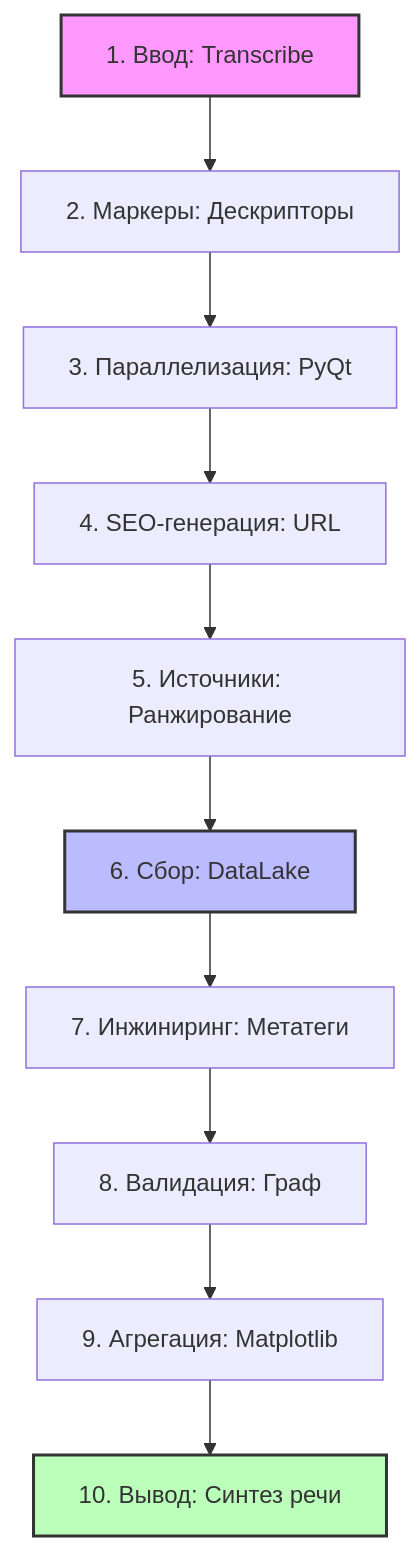
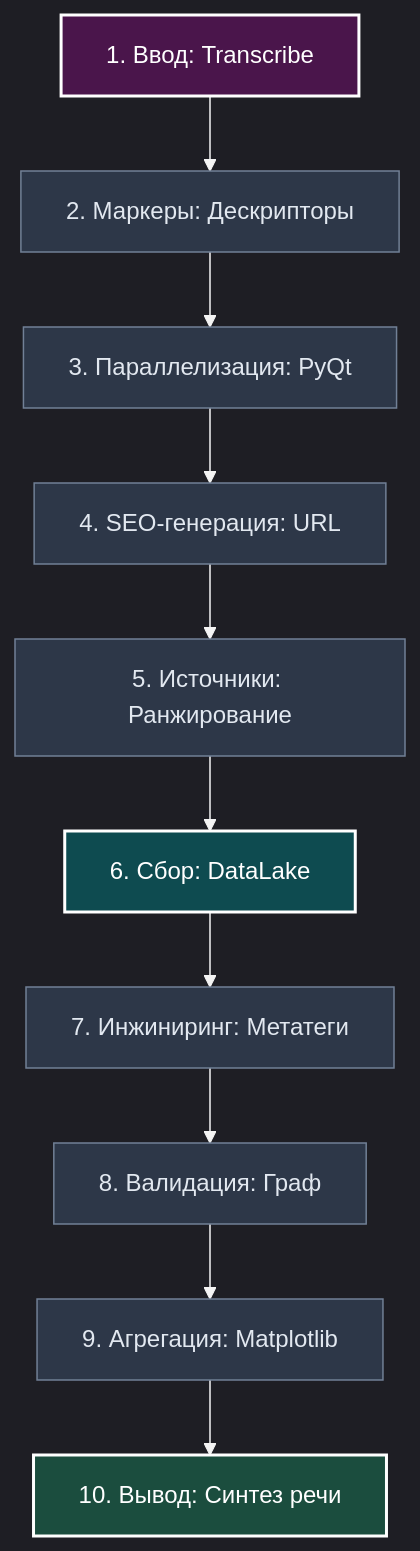
One commit to anrikos/Data-Driven-system changed the diagram in README.md. Above: the diagram before and after it, drawn with Mermaid. The commit also changed other lines of this file, not shown here.

````diff
--- a/README.md
+++ b/README.md
@@ -41,16 +41,20 @@
 ```mermaid
+%%{init: {'theme': 'dark', 'themeVariables': { 'lineColor': '#F4F4F4', 'edgeLabelBackground':'#222' }}}%%
 graph TD
     A[1. Ввод: Transcribe] --> B[2. Маркеры: Дескрипторы]
     B --> C[3. Параллелизация: PyQt]
     C --> D[4. SEO-генерация: URL]
     D --> E[5. Источники: Ранжирование]
     E --> F[6. Сбор: DataLake]
     F --> G[7. Инжиниринг: Метатеги]
     G --> H[8. Валидация: Граф]
     H --> I[9. Агрегация: Matplotlib]
     I --> J[10. Вывод: Синтез речи]
     
-    style A fill:#f9f,stroke:#333,stroke-width:2px
-    style F fill:#bbf,stroke:#333,stroke-width:2px
-    style J fill:#bfb,stroke:#333,stroke-width:2px
+    %% Стили для высокой контрастности на темном фоне %%
+    style A fill:#4a154b,stroke:#fff,stroke-width:2px,color:#fff
+    style F fill:#0e4b50,stroke:#fff,stroke-width:2px,color:#fff
+    style J fill:#1b4d3e,stroke:#fff,stroke-width:2px,color:#fff
+    
+    classDef default fill:#2d3748,stroke:#718096,stroke-width:1px,color:#e2e8f0;
 ```
````
